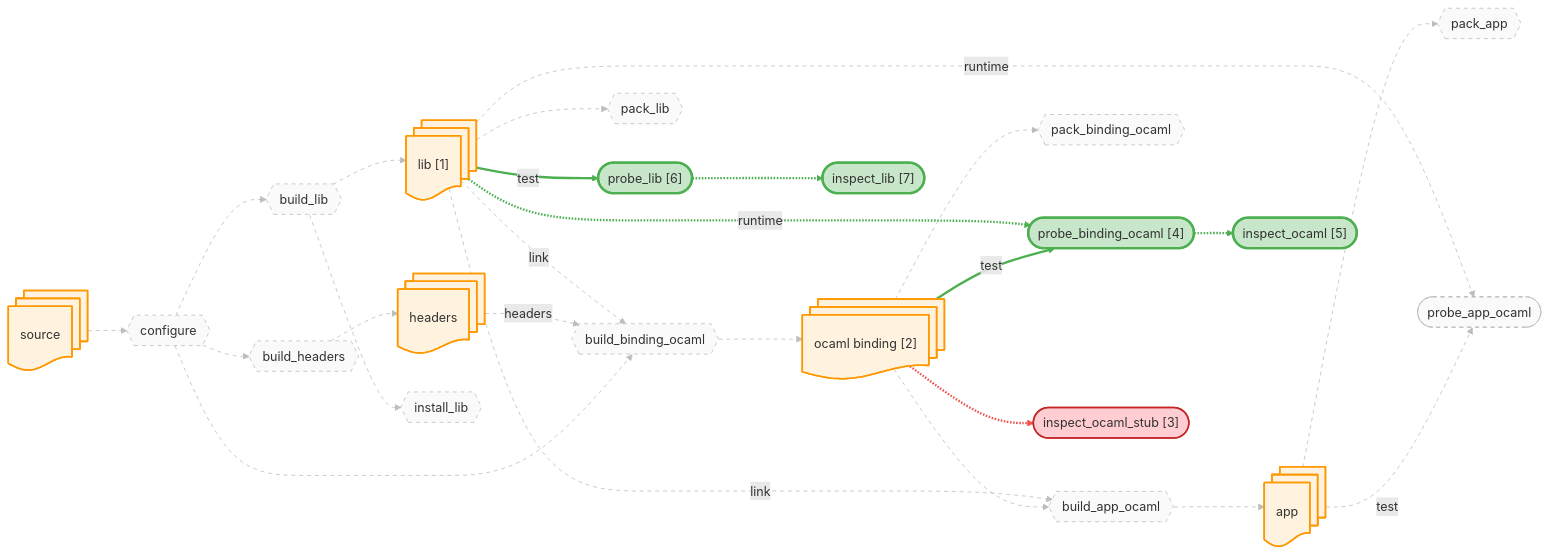
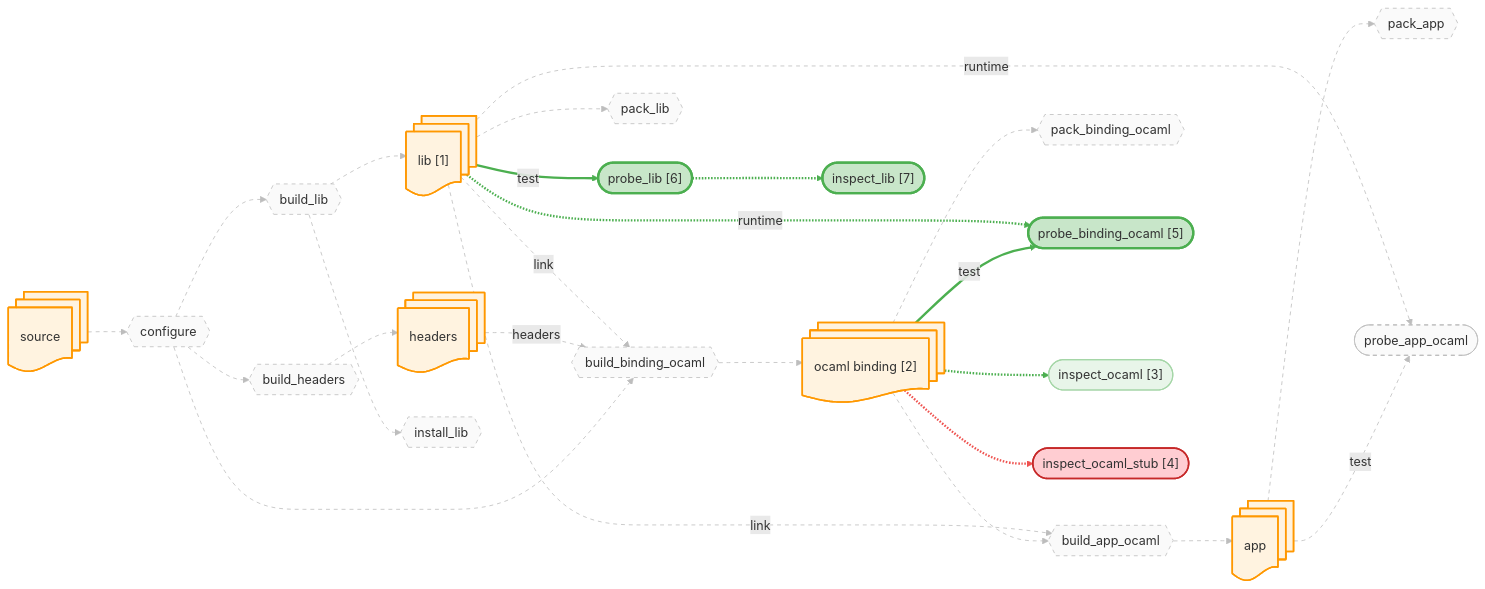
Before and after one commit to JHU-PL-Lab/tola: the diagram in docs/canary/projects/zlib/-run/diagrams/probes.mmd, drawn with Mermaid. The commit also changed 247 other files, not shown here.

```diff
--- a/docs/canary/projects/zlib/-run/diagrams/probes.mmd
+++ b/docs/canary/projects/zlib/-run/diagrams/probes.mmd
@@ -1,97 +1,97 @@
 %% view: probes
 graph LR
     source_node@{ shape: docs, label: "source" }
     headers_node@{ shape: docs, label: "headers" }
     lib_node@{ shape: docs, label: "lib [1]" }
     app_node@{ shape: docs, label: "app" }
     ocaml_binding_node@{ shape: docs, label: "ocaml binding [2]" }
 
     A_configure{{"configure"}}
     A_build_headers{{"build_headers"}}
     A_build_lib{{"build_lib"}}
     A_build_binding_ocaml{{"build_binding_ocaml"}}
     A_build_app_ocaml{{"build_app_ocaml"}}
     A_install_lib{{"install_lib"}}
     A_pack_binding_ocaml{{"pack_binding_ocaml"}}
     A_pack_lib{{"pack_lib"}}
     A_pack_app{{"pack_app"}}
-    A_probe_binding_ocaml(["probe_binding_ocaml [4]"])
+    A_probe_binding_ocaml(["probe_binding_ocaml [5]"])
     A_probe_app_ocaml(["probe_app_ocaml"])
     A_probe_lib(["probe_lib [6]"])
     A_probe_lib_inspect(["inspect_lib [7]"])
-    A_fetch_binding_ocaml_stub_inspect(["inspect_ocaml_stub [3]"])
-    A_probe_binding_ocaml_inspect(["inspect_ocaml [5]"])
+    A_fetch_binding_ocaml_inspect(["inspect_ocaml [3]"])
+    A_fetch_binding_ocaml_stub_inspect(["inspect_ocaml_stub [4]"])
 
     source_node --> A_configure
     A_configure --> A_build_headers
     A_build_headers --> headers_node
     A_configure --> A_build_lib
     A_build_lib --> lib_node
     A_configure --> A_build_binding_ocaml
     headers_node -.->|headers| A_build_binding_ocaml
     lib_node -.->|link| A_build_binding_ocaml
     A_build_binding_ocaml --> ocaml_binding_node
     ocaml_binding_node --> A_build_app_ocaml
     lib_node -.->|link| A_build_app_ocaml
     A_build_app_ocaml --> app_node
     A_build_lib --> A_install_lib
     ocaml_binding_node --> A_pack_binding_ocaml
     lib_node --> A_pack_lib
     app_node --> A_pack_app
     ocaml_binding_node -->|test| A_probe_binding_ocaml
     lib_node -.->|runtime| A_probe_binding_ocaml
     app_node -->|test| A_probe_app_ocaml
     lib_node -.->|runtime| A_probe_app_ocaml
     lib_node -->|test| A_probe_lib
     A_probe_lib -.-> A_probe_lib_inspect
+    ocaml_binding_node -.-> A_fetch_binding_ocaml_inspect
     ocaml_binding_node -.-> A_fetch_binding_ocaml_stub_inspect
-    A_probe_binding_ocaml -.-> A_probe_binding_ocaml_inspect
 
     classDef artifact fill:#fff3e0,stroke:#ff9800,stroke-width:2px
     classDef action fill:#f3e5f5,stroke:#9c27b0,stroke-width:2px
     classDef st_done fill:#c8e6c9,stroke:#4caf50,stroke-width:3px
     classDef st_done_ctx fill:#e8f5e9,stroke:#a5d6a7,stroke-width:1.5px
     classDef st_expected_fail fill:#fff9c4,stroke:#f9a825,stroke-width:2px
     classDef st_failed fill:#ffcdd2,stroke:#c62828,stroke-width:2px
     classDef st_skipped fill:#f5f5f5,stroke:#9e9e9e,stroke-dasharray:5
     classDef st_nospec fill:#fafafa,stroke:#bdbdbd,stroke-dasharray:5
     class source_node,headers_node,lib_node,app_node,ocaml_binding_node artifact
     class A_configure st_nospec
     class A_build_headers st_nospec
     class A_build_lib st_nospec
     class A_build_binding_ocaml st_nospec
     class A_build_app_ocaml st_nospec
     class A_install_lib st_nospec
     class A_pack_binding_ocaml st_nospec
     class A_pack_lib st_nospec
     class A_pack_app st_nospec
     class A_probe_binding_ocaml st_done
     class A_probe_app_ocaml st_nospec
     class A_probe_lib st_done
     class A_probe_lib_inspect st_done
+    class A_fetch_binding_ocaml_inspect st_done_ctx
     class A_fetch_binding_ocaml_stub_inspect st_failed
-    class A_probe_binding_ocaml_inspect st_done
     linkStyle 0 stroke:#bdbdbd,stroke-width:1px,stroke-dasharray:5
     linkStyle 1 stroke:#bdbdbd,stroke-width:1px,stroke-dasharray:5
     linkStyle 2 stroke:#bdbdbd,stroke-width:1px,stroke-dasharray:5
     linkStyle 3 stroke:#bdbdbd,stroke-width:1px,stroke-dasharray:5
     linkStyle 4 stroke:#bdbdbd,stroke-width:1px,stroke-dasharray:5
     linkStyle 5 stroke:#bdbdbd,stroke-width:1px,stroke-dasharray:5
     linkStyle 6 stroke:#bdbdbd,stroke-width:1px,stroke-dasharray:5
     linkStyle 7 stroke:#bdbdbd,stroke-width:1px,stroke-dasharray:5
     linkStyle 8 stroke:#bdbdbd,stroke-width:1px,stroke-dasharray:5
     linkStyle 9 stroke:#bdbdbd,stroke-width:1px,stroke-dasharray:5
     linkStyle 10 stroke:#bdbdbd,stroke-width:1px,stroke-dasharray:5
     linkStyle 11 stroke:#bdbdbd,stroke-width:1px,stroke-dasharray:5
     linkStyle 12 stroke:#bdbdbd,stroke-width:1px,stroke-dasharray:5
     linkStyle 13 stroke:#bdbdbd,stroke-width:1px,stroke-dasharray:5
     linkStyle 14 stroke:#bdbdbd,stroke-width:1px,stroke-dasharray:5
     linkStyle 15 stroke:#bdbdbd,stroke-width:1px,stroke-dasharray:5
     linkStyle 16 stroke:#4caf50,stroke-width:3px
     linkStyle 17 stroke:#4caf50,stroke-width:3px
     linkStyle 18 stroke:#bdbdbd,stroke-width:1px,stroke-dasharray:5
     linkStyle 19 stroke:#bdbdbd,stroke-width:1px,stroke-dasharray:5
     linkStyle 20 stroke:#4caf50,stroke-width:3px
     linkStyle 21 stroke:#4caf50,stroke-width:3px
-    linkStyle 22 stroke:#ef5350,stroke-width:3px
-    linkStyle 23 stroke:#4caf50,stroke-width:3px
+    linkStyle 22 stroke:#4caf50,stroke-width:3px
+    linkStyle 23 stroke:#ef5350,stroke-width:3px
```
